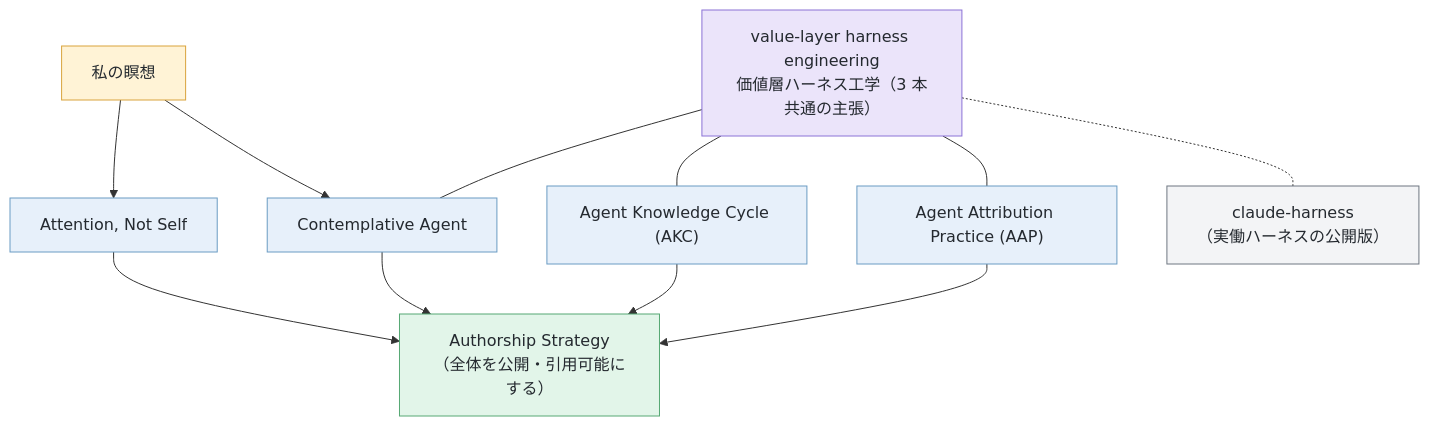
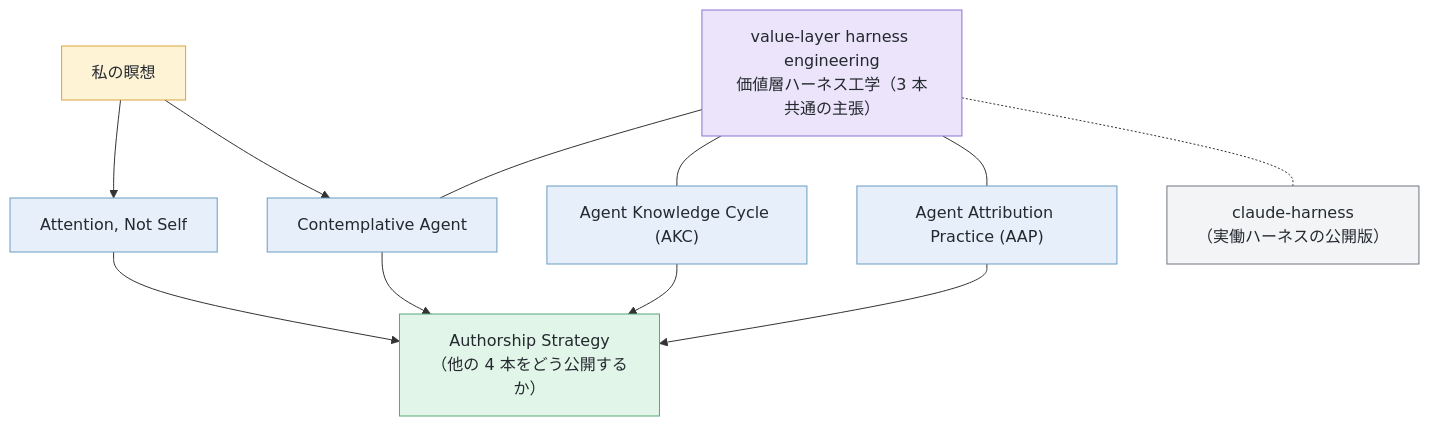
The diagram in README.ja.md (shimo4228/shimo4228), drawn with Mermaid before and after one commit. The commit also changed other lines of this file and 1 other file, not shown here.

````diff
--- a/README.ja.md
+++ b/README.ja.md
@@ -37,20 +37,20 @@
 ```mermaid
 graph TD
     M["私の瞑想"] --> ANS["Attention, Not Self"]
     M --> CA["Contemplative Agent"]
     V["value-layer harness engineering<br>価値層ハーネス工学（3 本共通の主張）"] --- CA
     V --- AKC["Agent Knowledge Cycle (AKC)"]
     V --- AAP["Agent Attribution Practice (AAP)"]
-    ANS & CA & AKC & AAP --> AS["Authorship Strategy<br>（全体を公開・引用可能にする）"]
+    ANS & CA & AKC & AAP --> AS["Authorship Strategy<br>（他の 4 本をどう公開するか）"]
     V -.- CH["claude-harness<br>（実働ハーネスの公開版）"]
     classDef source fill:#FFF3D6,stroke:#D9A33C,color:#24292F
     classDef claim fill:#EBE4FA,stroke:#8B72D6,color:#24292F
     classDef lineNode fill:#E7F0FA,stroke:#6A9BC3,color:#24292F
     classDef sink fill:#E2F5E9,stroke:#57A874,color:#24292F
     classDef artifact fill:#F3F4F6,stroke:#6E7781,color:#24292F
     class M source
     class V claim
     class ANS,CA,AKC,AAP lineNode
     class AS sink
     class CH artifact
 ```
````
